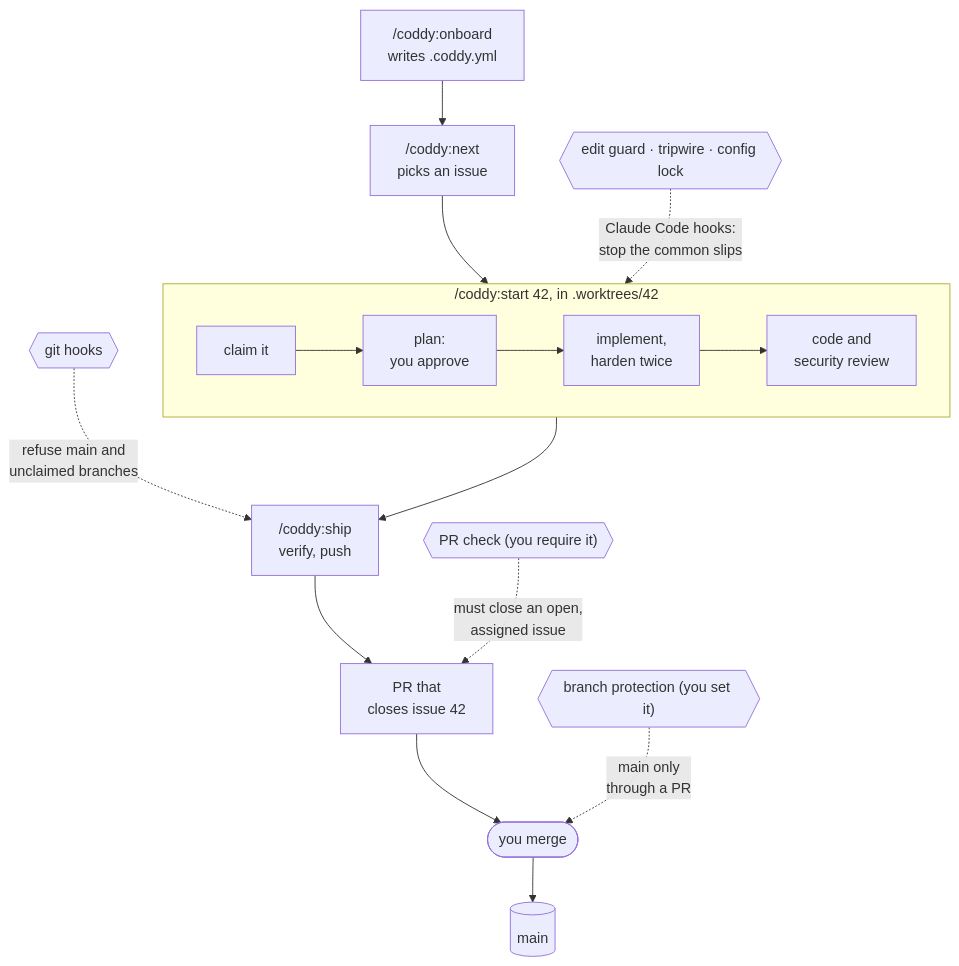
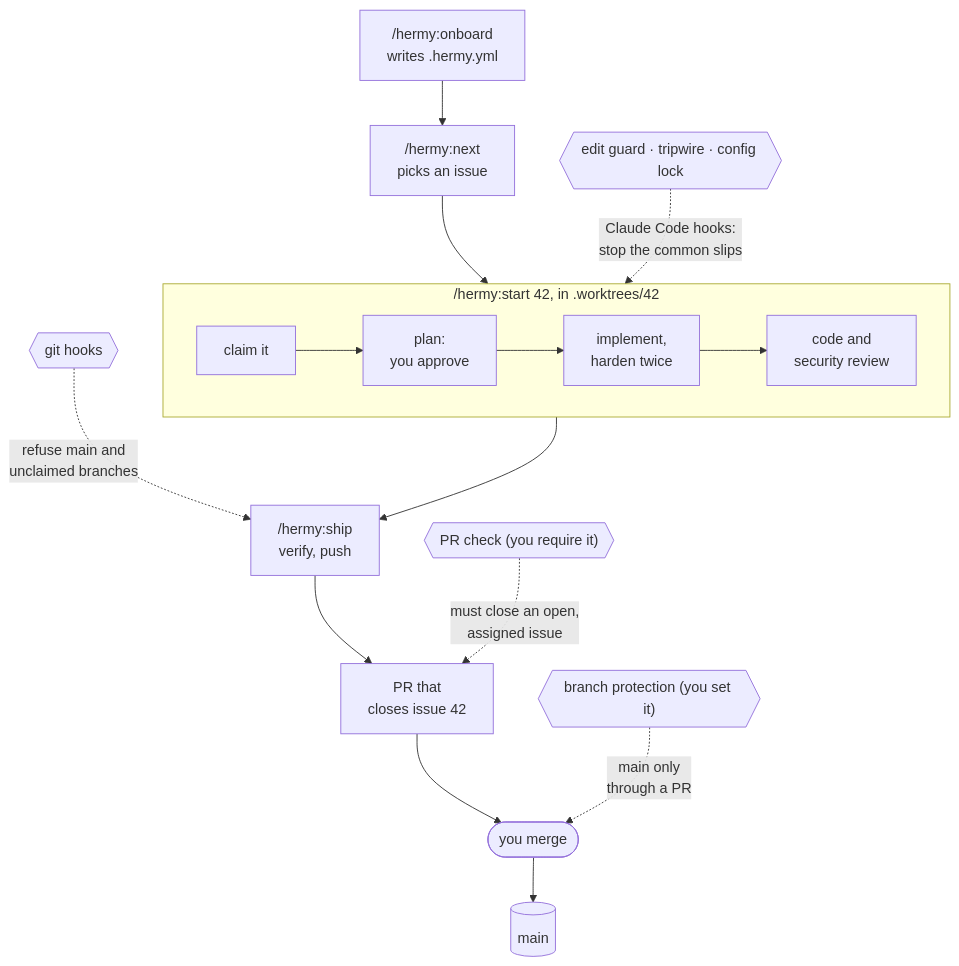
Before and after one commit to mnsami/coddy: the diagram in README.md, drawn with Mermaid. The commit also changed other lines of this file and 57 other files, not shown here.

Commit message:
feat: rename coddy to hermy across the tree (#463)

````diff
--- a/README.md
+++ b/README.md
@@ -79,18 +79,18 @@
 ```mermaid
 flowchart TB
-  A["/coddy:onboard<br/>writes .coddy.yml"] --> B["/coddy:next<br/>picks an issue"]
+  A["/hermy:onboard<br/>writes .hermy.yml"] --> B["/hermy:next<br/>picks an issue"]
   B --> S
-  subgraph S["/coddy:start 42, in .worktrees/42"]
+  subgraph S["/hermy:start 42, in .worktrees/42"]
     direction LR
     s1["claim it"] --> s2["plan:<br/>you approve"]
     s2 --> s3["implement,<br/>harden twice"] --> s4["code and<br/>security review"]
   end
-  S --> D["/coddy:ship<br/>verify, push"]
+  S --> D["/hermy:ship<br/>verify, push"]
   D --> E["PR that<br/>closes issue 42"]
   E --> F(["you merge"])
   F --> G[("main")]
   g1{{"edit guard · tripwire · config lock"}} -. "Claude Code hooks:<br/>stop the common slips" .-> S
   g2{{"git hooks"}} -. "refuse main and<br/>unclaimed branches" .-> D
   g3{{"PR check (you require it)"}} -. "must close an open,<br/>assigned issue" .-> E
   g4{{"branch protection (you set it)"}} -. "main only<br/>through a PR" .-> F
 ```
````
